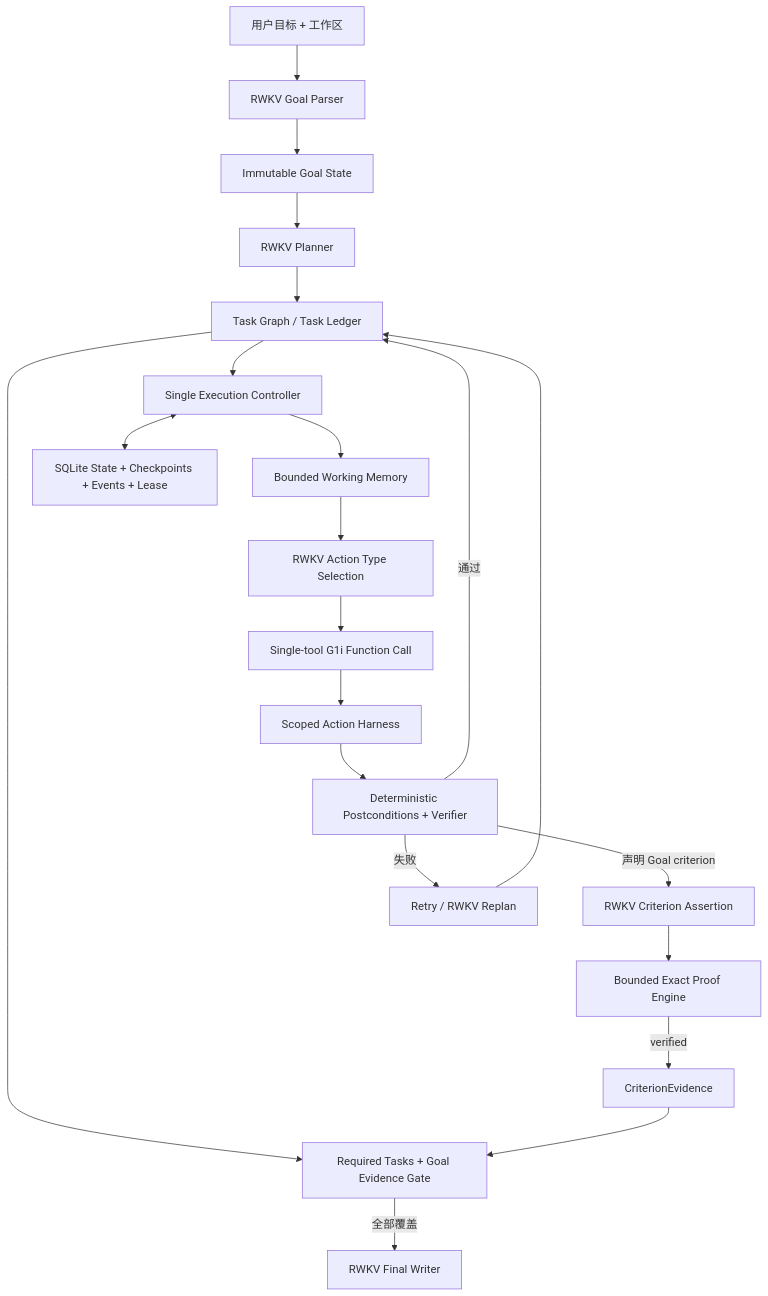
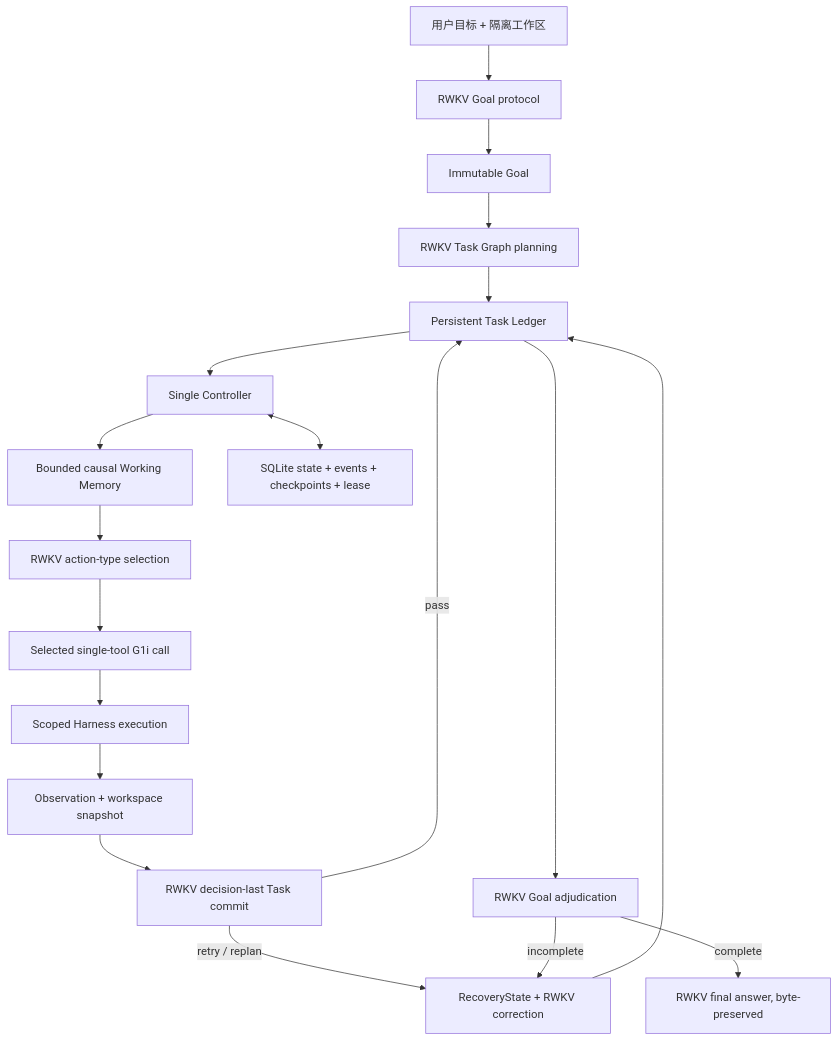
One commit to rwkv-rs/RWKV-LH changed the diagram in README.md. Above: the diagram before and after it, drawn with Mermaid. The commit also changed other lines of this file and 377 other files, not shown here.

Commit message:
feat: checkpoint Round46 quality architecture

````diff
--- a/README.md
+++ b/README.md
@@ -106,23 +42,21 @@
 ```mermaid
 flowchart TD
-    U["用户目标 + 工作区"] --> G["RWKV Goal Parser"]
-    G --> S["Immutable Goal State"]
-    S --> P["RWKV Planner"]
-    P --> T["Task Graph / Task Ledger"]
-    T --> C["Single Execution Controller"]
-    C --> M["Bounded Working Memory"]
-    M --> A["RWKV Action Type Selection"]
-    A --> FC["Single-tool G1i Function Call"]
-    FC --> H["Scoped Action Harness"]
-    H --> V["Deterministic Postconditions + Verifier"]
-    V -->|"通过"| T
-    V -->|"声明 Goal criterion"| X["RWKV Criterion Assertion"]
-    X --> PE["Bounded Exact Proof Engine"]
-    PE -->|"verified"| E["CriterionEvidence"]
-    V -->|"失败"| R["Retry / RWKV Replan"]
-    R --> T
-    T --> GATE["Required Tasks + Goal Evidence Gate"]
-    E --> GATE
-    GATE -->|"全部覆盖"| F["RWKV Final Writer"]
-    C <--> D["SQLite State + Checkpoints + Events + Lease"]
+    U["用户目标 + 隔离工作区"] --> GP["RWKV Goal protocol"]
+    GP --> G["Immutable Goal"]
+    G --> P["RWKV Task Graph planning"]
+    P --> L["Persistent Task Ledger"]
+    L --> C["Single Controller"]
+    C --> M["Bounded causal Working Memory"]
+    M --> AT["RWKV action-type selection"]
+    AT --> FC["Selected single-tool G1i call"]
+    FC --> H["Scoped Harness execution"]
+    H --> O["Observation + workspace snapshot"]
+    O --> TC["RWKV decision-last Task commit"]
+    TC -->|"pass"| L
+    TC -->|"retry / replan"| R["RecoveryState + RWKV correction"]
+    R --> L
+    L --> GA["RWKV Goal adjudication"]
+    GA -->|"incomplete"| R
+    GA -->|"complete"| F["RWKV final answer, byte-preserved"]
+    C <--> DB["SQLite state + events + checkpoints + lease"]
 ```
````
